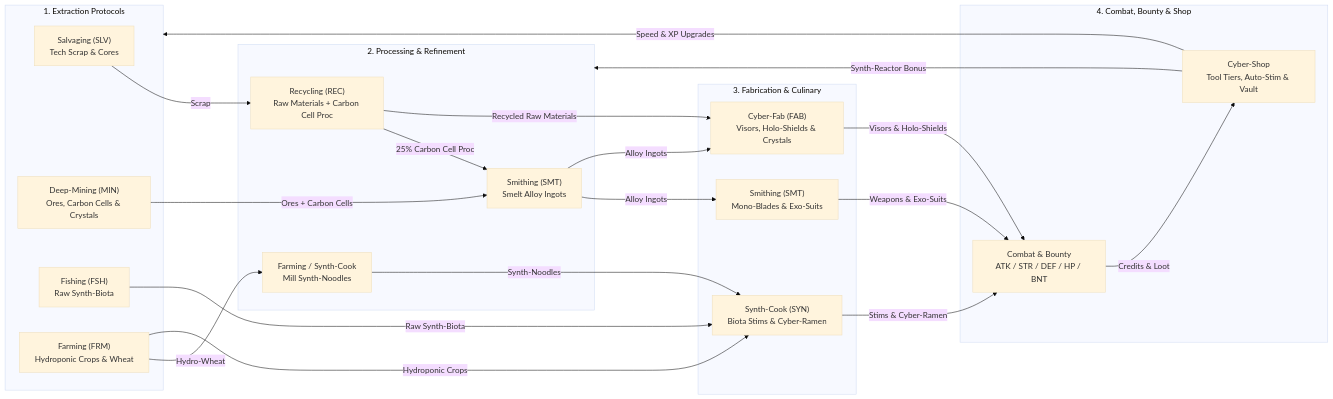
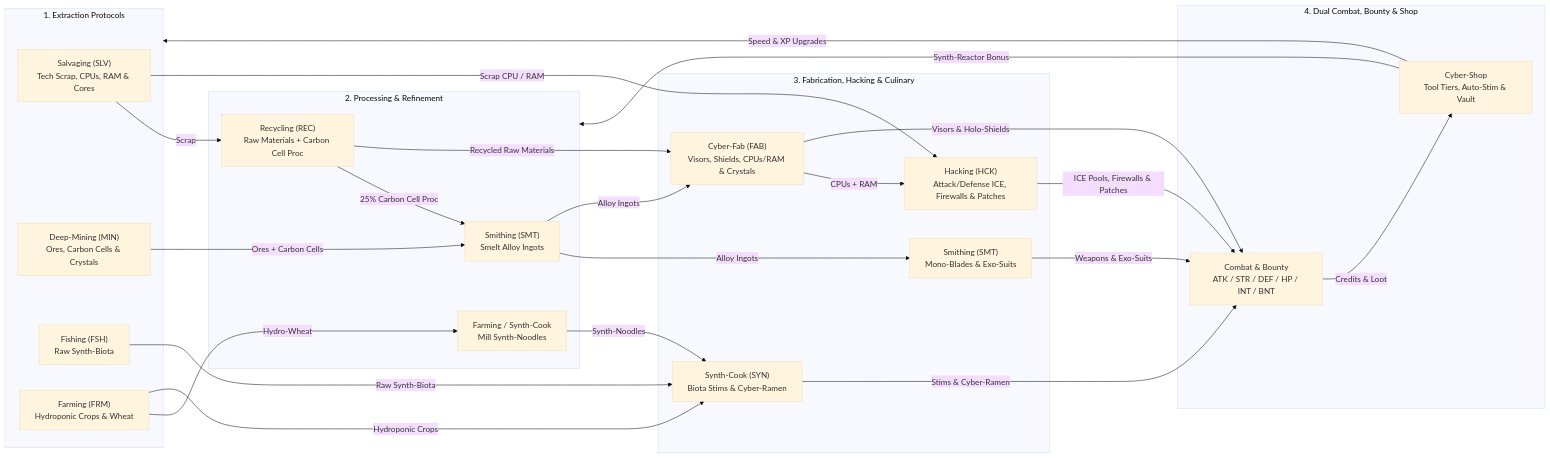
One commit to Mizux/routineverse changed the diagram in docs/README.md. Above: the diagram before and after it, drawn with Mermaid (base theme). The commit also changed other lines of this file and 4 other files, not shown here.

````diff
--- a/docs/README.md
+++ b/docs/README.md
@@ -16,46 +17,50 @@
 ```mermaid
 flowchart LR
   subgraph Extraction["1. Extraction Protocols"]
-    SLV["Salvaging (SLV)<br/>Tech Scrap & Cores"]
+    SLV["Salvaging (SLV)<br/>Tech Scrap, CPUs, RAM & Cores"]
     MIN["Deep-Mining (MIN)<br/>Ores, Carbon Cells & Crystals"]
     BIO["Fishing (FSH)<br/>Raw Synth-Biota"]
     FRM["Farming (FRM)<br/>Hydroponic Crops & Wheat"]
   end
 
   subgraph Processing["2. Processing & Refinement"]
     REC["Recycling (REC)<br/>Raw Materials + Carbon Cell Proc"]
     SMT_BAR["Smithing (SMT)<br/>Smelt Alloy Ingots"]
     NOODLE["Farming / Synth-Cook<br/>Mill Synth-Noodles"]
   end
 
-  subgraph Fabrication["3. Fabrication & Culinary"]
+  subgraph Fabrication["3. Fabrication, Hacking & Culinary"]
     SMT_GEAR["Smithing (SMT)<br/>Mono-Blades & Exo-Suits"]
-    FAB["Cyber-Fab (FAB)<br/>Visors, Holo-Shields & Crystals"]
+    FAB["Cyber-Fab (FAB)<br/>Visors, Shields, CPUs/RAM & Crystals"]
+    HCK["Hacking (HCK)<br/>Attack/Defense ICE, Firewalls & Patches"]
     COOK["Synth-Cook (SYN)<br/>Biota Stims & Cyber-Ramen"]
   end
 
-  subgraph Arena["4. Combat, Bounty & Shop"]
-    CMB["Combat & Bounty<br/>ATK / STR / DEF / HP / BNT"]
+  subgraph Arena["4. Dual Combat, Bounty & Shop"]
+    CMB["Combat & Bounty<br/>ATK / STR / DEF / HP / INT / BNT"]
     SHOP["Cyber-Shop<br/>Tool Tiers, Auto-Stim & Vault"]
   end
 
   SLV -->|"Scrap"| REC
+  SLV -->|"Scrap CPU / RAM"| HCK
   REC -->|"25% Carbon Cell Proc"| SMT_BAR
   MIN -->|"Ores + Carbon Cells"| SMT_BAR
   SMT_BAR -->|"Alloy Ingots"| SMT_GEAR
   SMT_BAR -->|"Alloy Ingots"| FAB
   REC -->|"Recycled Raw Materials"| FAB
+  FAB -->|"CPUs + RAM"| HCK
 
   FRM -->|"Hydro-Wheat"| NOODLE
   NOODLE -->|"Synth-Noodles"| COOK
   FRM -->|"Hydroponic Crops"| COOK
   BIO -->|"Raw Synth-Biota"| COOK
 
   SMT_GEAR -->|"Weapons & Exo-Suits"| CMB
   FAB -->|"Visors & Holo-Shields"| CMB
+  HCK -->|"ICE Pools, Firewalls & Patches"| CMB
   COOK -->|"Stims & Cyber-Ramen"| CMB
 
   CMB -->|"Credits & Loot"| SHOP
   SHOP -->|"Speed & XP Upgrades"| Extraction
   SHOP -->|"Synth-Reactor Bonus"| Processing
 ```
````
